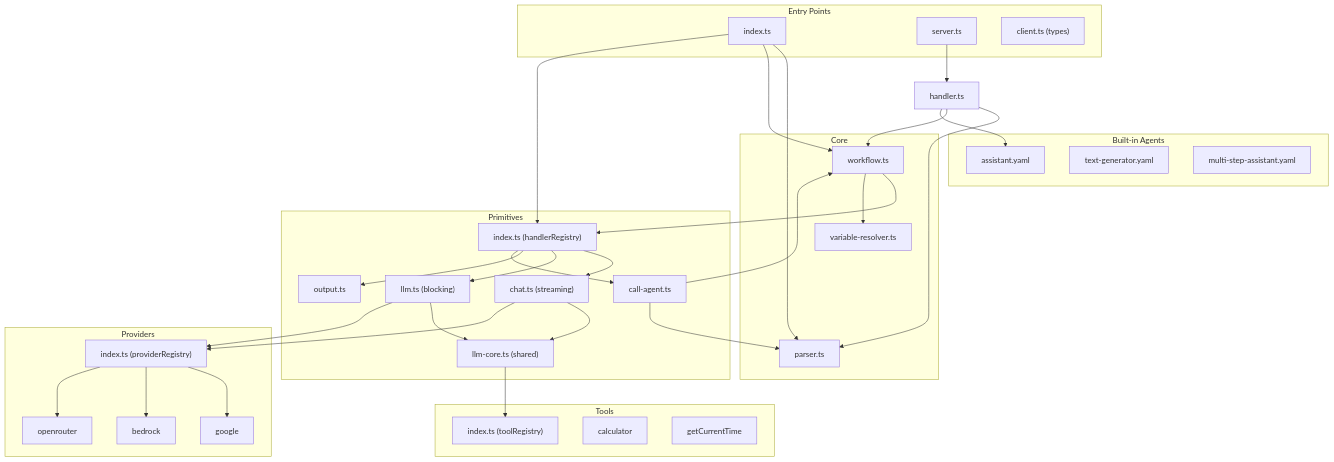
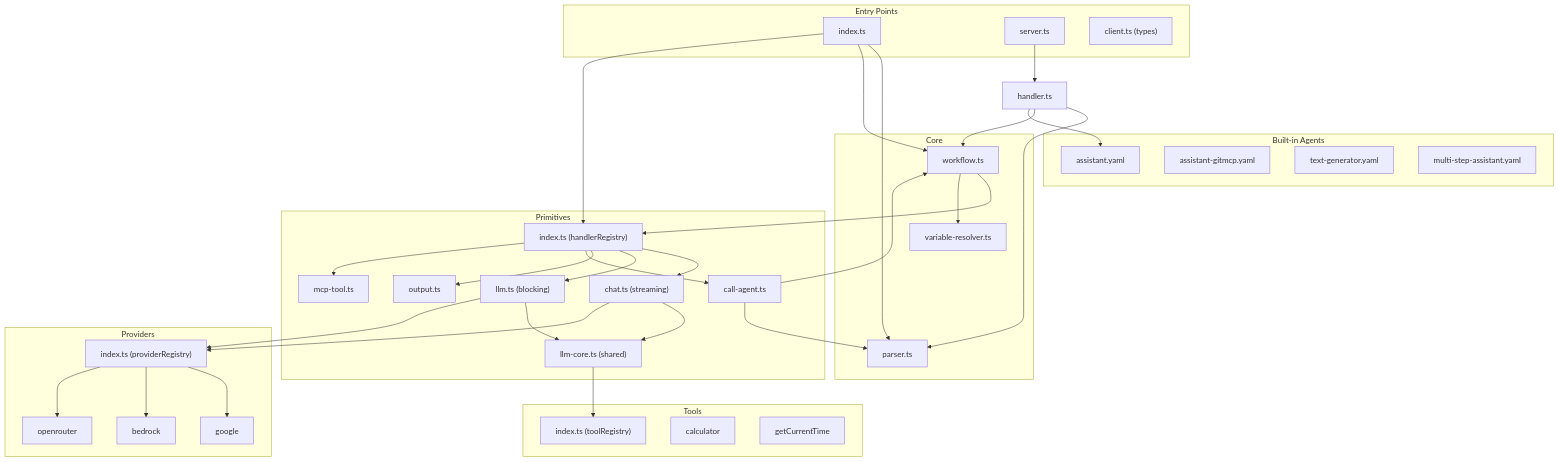
One commit to botanarede/beddel changed the diagram in docs/architecture/components.md. Above: the diagram before and after it, drawn with Mermaid. The commit also changed other lines of this file and 11 other files, not shown here.

First line of the commit message:
feat(primitives): add mcp-tool primitive for external MCP server integration

````diff
--- a/docs/architecture/components.md
+++ b/docs/architecture/components.md
@@ -234,66 +267,69 @@
 ```mermaid
 graph TB
     subgraph "Entry Points"
         Index["index.ts"]
         Server["server.ts"]
         Client["client.ts (types)"]
     end
     
     subgraph "Core"
         Parser["parser.ts"]
         Executor["workflow.ts"]
         VarResolver["variable-resolver.ts"]
     end
     
     subgraph "Primitives"
         Registry["index.ts (handlerRegistry)"]
         LLMCore["llm-core.ts (shared)"]
         ChatPrim["chat.ts (streaming)"]
         LLMPrim["llm.ts (blocking)"]
         OutputPrim["output.ts"]
         CallAgent["call-agent.ts"]
+        McpTool["mcp-tool.ts"]
     end
     
     subgraph "Providers"
         ProvReg["index.ts (providerRegistry)"]
         Google["google"]
         Bedrock["bedrock"]
         OpenRouter["openrouter"]
     end
     
     subgraph "Tools"
         ToolReg["index.ts (toolRegistry)"]
         Calc["calculator"]
         Time["getCurrentTime"]
     end
     
     subgraph "Built-in Agents"
         Assistant["assistant.yaml"]
+        AssistantGitMCP["assistant-gitmcp.yaml"]
         TextGen["text-generator.yaml"]
         MultiStep["multi-step-assistant.yaml"]
     end
     
     Index --> Parser
     Index --> Executor
     Index --> Registry
     Server --> Handler["handler.ts"]
     Handler --> Parser
     Handler --> Executor
     Handler --> Assistant
     Executor --> Registry
     Executor --> VarResolver
     Registry --> ChatPrim
     Registry --> LLMPrim
     Registry --> OutputPrim
     Registry --> CallAgent
+    Registry --> McpTool
     ChatPrim --> LLMCore
     LLMPrim --> LLMCore
     LLMCore --> ToolReg
     ChatPrim --> ProvReg
     LLMPrim --> ProvReg
     CallAgent --> Parser
     CallAgent --> Executor
     ProvReg --> Google
     ProvReg --> Bedrock
     ProvReg --> OpenRouter
 ```
````
